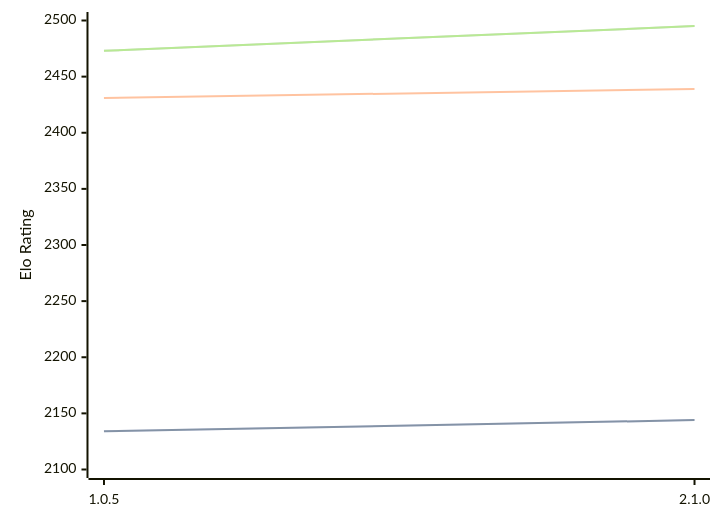
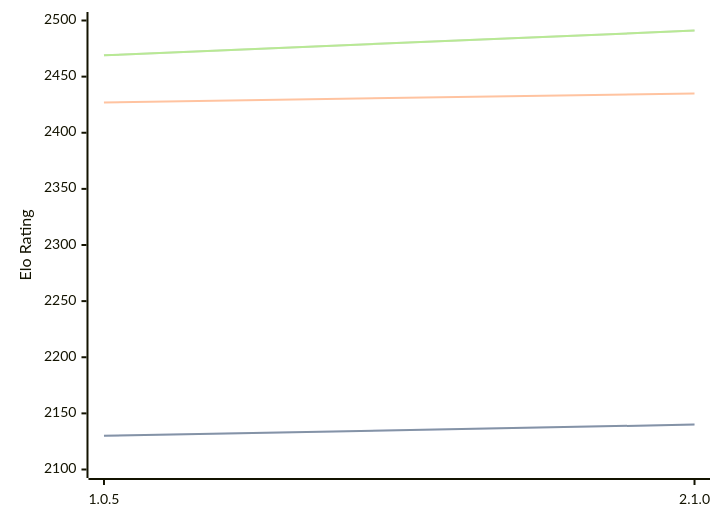
The third of 3 diagrams in engines/Ruffian.md (computer-chess-index/cci), drawn with Mermaid before and after one commit. The commit also changed other lines of this file, not shown here.

Commit message:
Update CCI Ratings (ELO VLTC) - 2026-07-16

````diff
--- a/engines/Ruffian.md
+++ b/engines/Ruffian.md
@@ -65,11 +65,11 @@
 ```mermaid
 %%{init: {"theme":"base","themeVariables":{"seriesColors:['#a3a3a3','#222221','#faa371']}}}%%
 xychart-beta
   x-axis ["1.0.5", "2.1.0"]
   y-axis "Elo Rating" 2100 --> 2500
-  line "STC (8.0+0.08s)" [2134, 2144]
-  line "STC (8.0+0.08s)" [2134, 2144]
-  line "LTC (60.0+0.60s)" [2431, 2439]
-  line "VLTC (2m24s+1.12s)" [2473, 2495]
-  line "VLTC (2m24s+1.12s)" [2473, 2495]
+  line "STC (8.0+0.08s)" [2130, 2140]
+  line "STC (8.0+0.08s)" [2130, 2140]
+  line "LTC (60.0+0.60s)" [2427, 2435]
+  line "VLTC (2m24s+1.12s)" [2469, 2491]
+  line "VLTC (2m24s+1.12s)" [2469, 2491]
 ```
````
